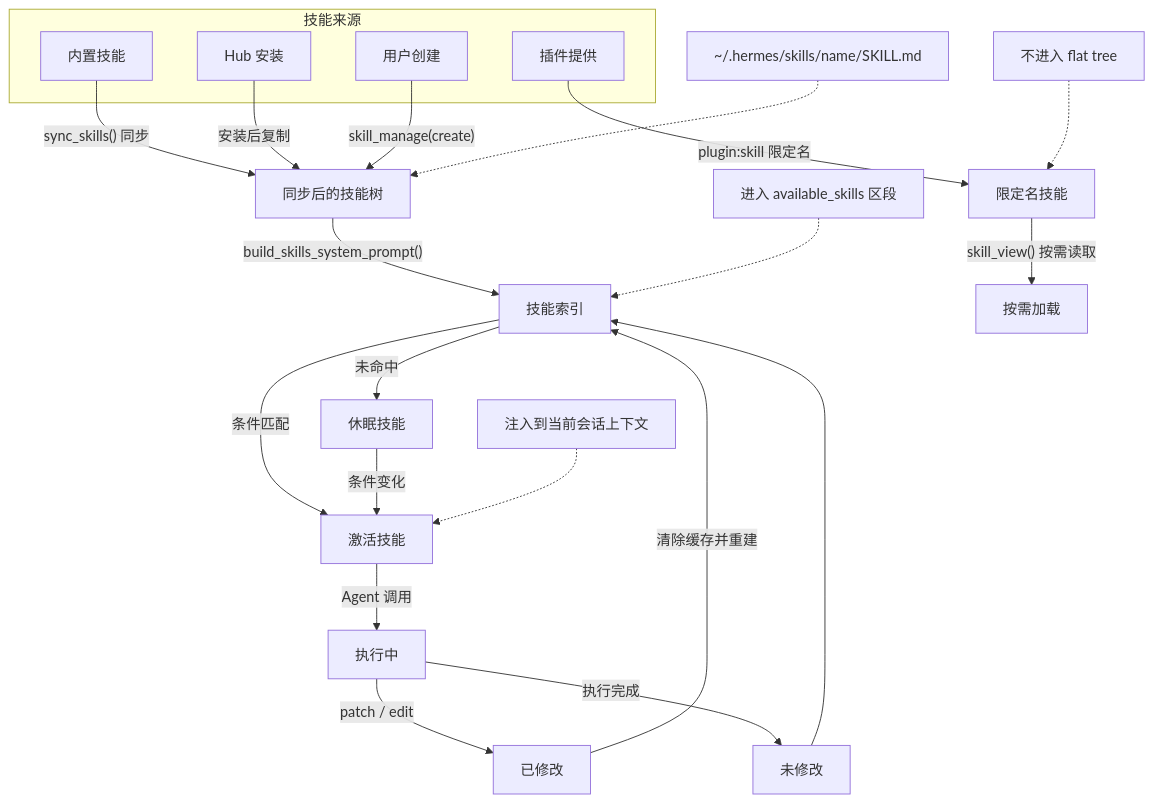
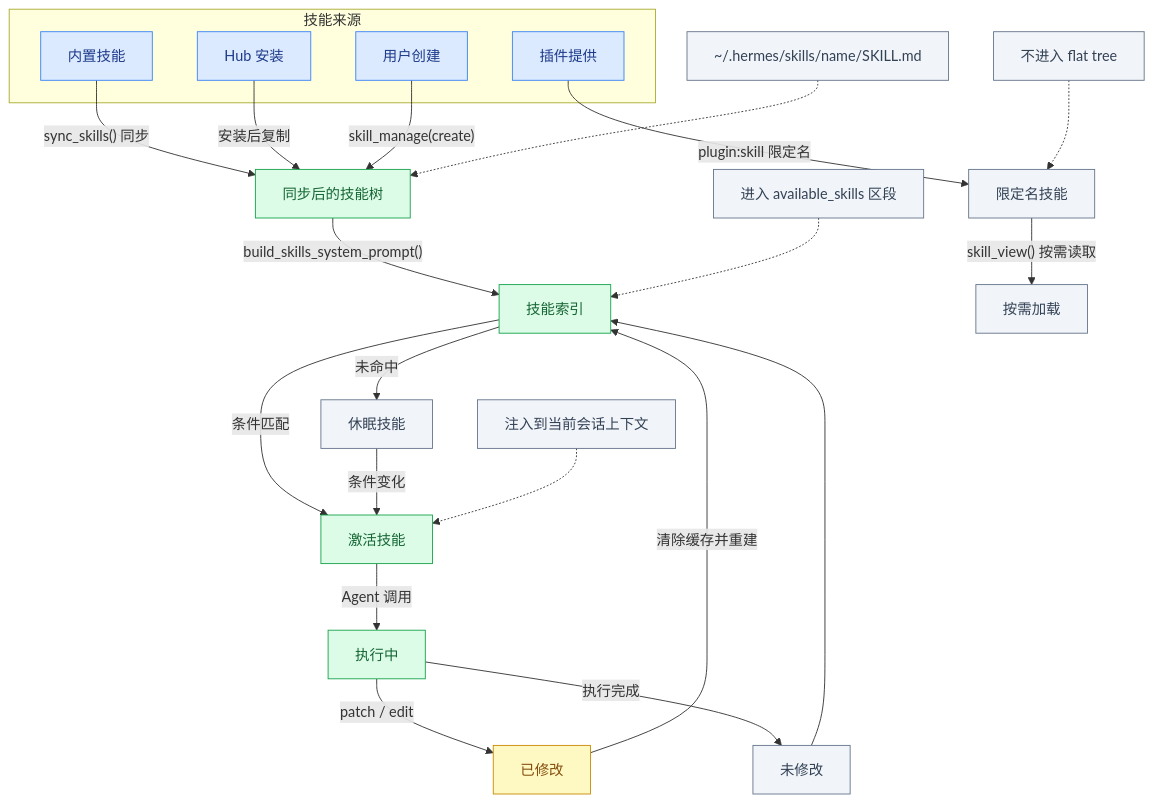
One commit to pty819/hermes-docs changed the first of 2 diagrams in chapters/skill-system.rst. Above: the diagram before and after it, drawn with Mermaid. The commit also changed other lines of this file and 27 other files, not shown here.

```diff
--- a/chapters/skill-system.rst
+++ b/chapters/skill-system.rst
@@ -29,38 +29,51 @@
 .. mermaid::
 
    flowchart TD
+       classDef start fill:#dbeafe,stroke:#3b82f6,color:#1e3a8a
+       classDef success fill:#dcfce7,stroke:#16a34a,color:#166534
+       classDef warn fill:#fef9c3,stroke:#ca8a04,color:#854d0e
+       classDef fail fill:#fee2e2,stroke:#dc2626,color:#991b1b
+       classDef info fill:#f1f5f9,stroke:#64748b,color:#334155
+
        subgraph Sources["技能来源"]
            Bundled["内置技能"]
            Hub["Hub 安装"]
            User["用户创建"]
            Plugin["插件提供"]
        end
 
        Bundled -->|"sync_skills() 同步"| Synced["同步后的技能树"]
        Hub -->|"安装后复制"| Synced
        User -->|"skill_manage(create)"| Synced
        Plugin -->|"plugin:skill 限定名"| Qualified["限定名技能"]
 
        Synced -->|"build_skills_system_prompt()"| Indexed["技能索引"]
        Qualified -->|"skill_view() 按需读取"| OnDemand["按需加载"]
 
        Indexed -->|"条件匹配"| Activated["激活技能"]
        Indexed -->|"未命中"| Dormant["休眠技能"]
        Dormant -->|"条件变化"| Activated
 
        Activated -->|"Agent 调用"| Used["执行中"]
        Used -->|"patch / edit"| Modified["已修改"]
        Used -->|"执行完成"| Unchanged["未修改"]
 
        Modified -->|"清除缓存并重建"| Indexed
        Unchanged --> Indexed
 
        SyncedNote["~/.hermes/skills/name/SKILL.md"]
        QualifiedNote["不进入 flat tree"]
        IndexedNote["进入 available_skills 区段"]
        ActivatedNote["注入到当前会话上下文"]
 
        SyncedNote -.-> Synced
        QualifiedNote -.-> Qualified
        IndexedNote -.-> Indexed
        ActivatedNote -.-> Activated
+
+       class Bundled,Hub,User,Plugin start
+       class Synced,Indexed,Activated,Used success
+       class Modified warn
+       class Qualified,OnDemand,Dormant info
+       class Unchanged,SyncedNote,QualifiedNote,IndexedNote info
+       class ActivatedNote info
```
